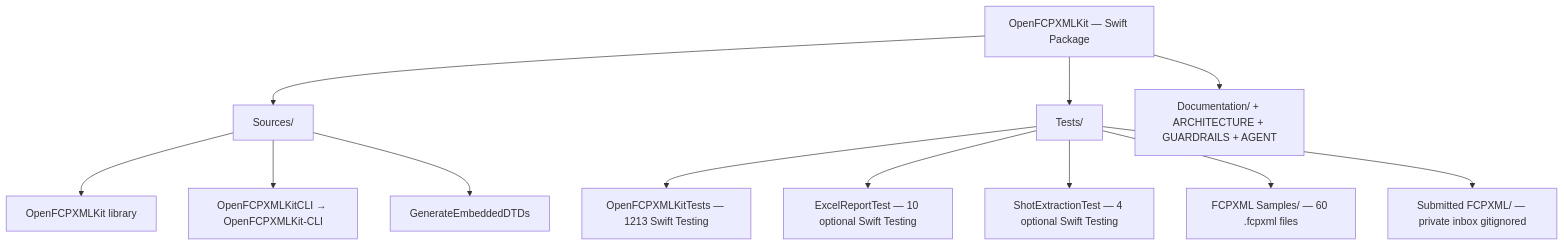
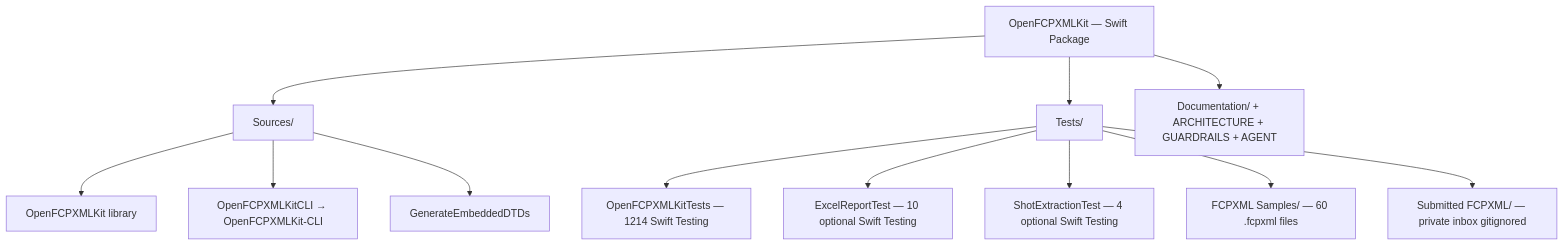
Before and after one commit to TheAcharya/OpenFCPXMLKit: the first of 6 diagrams in ARCHITECTURE.md, drawn with Mermaid. The commit also changed other lines of this file and 21 other files, not shown here.

````diff
--- a/ARCHITECTURE.md
+++ b/ARCHITECTURE.md
@@ -224,18 +224,18 @@
 ```mermaid
 flowchart TB
     Pkg["OpenFCPXMLKit — Swift Package"]
 
     Pkg --> SRC["Sources/"]
     Pkg --> TST["Tests/"]
     Pkg --> DOC["Documentation/ + ARCHITECTURE + GUARDRAILS + AGENT"]
 
     SRC --> LIB["OpenFCPXMLKit library"]
     SRC --> CLI["OpenFCPXMLKitCLI → OpenFCPXMLKit-CLI"]
     SRC --> GEN["GenerateEmbeddedDTDs"]
 
-    TST --> OKT["OpenFCPXMLKitTests — 1213 Swift Testing"]
+    TST --> OKT["OpenFCPXMLKitTests — 1214 Swift Testing"]
     TST --> ERT["ExcelReportTest — 10 optional Swift Testing"]
     TST --> SET["ShotExtractionTest — 4 optional Swift Testing"]
     TST --> SMP["FCPXML Samples/ — 60 .fcpxml files"]
     TST --> SUB["Submitted FCPXML/ — private inbox gitignored"]
 ```
````
